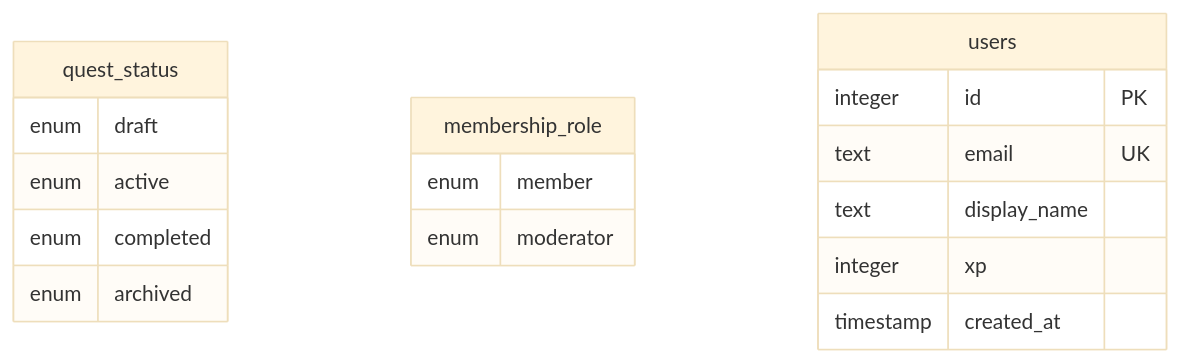
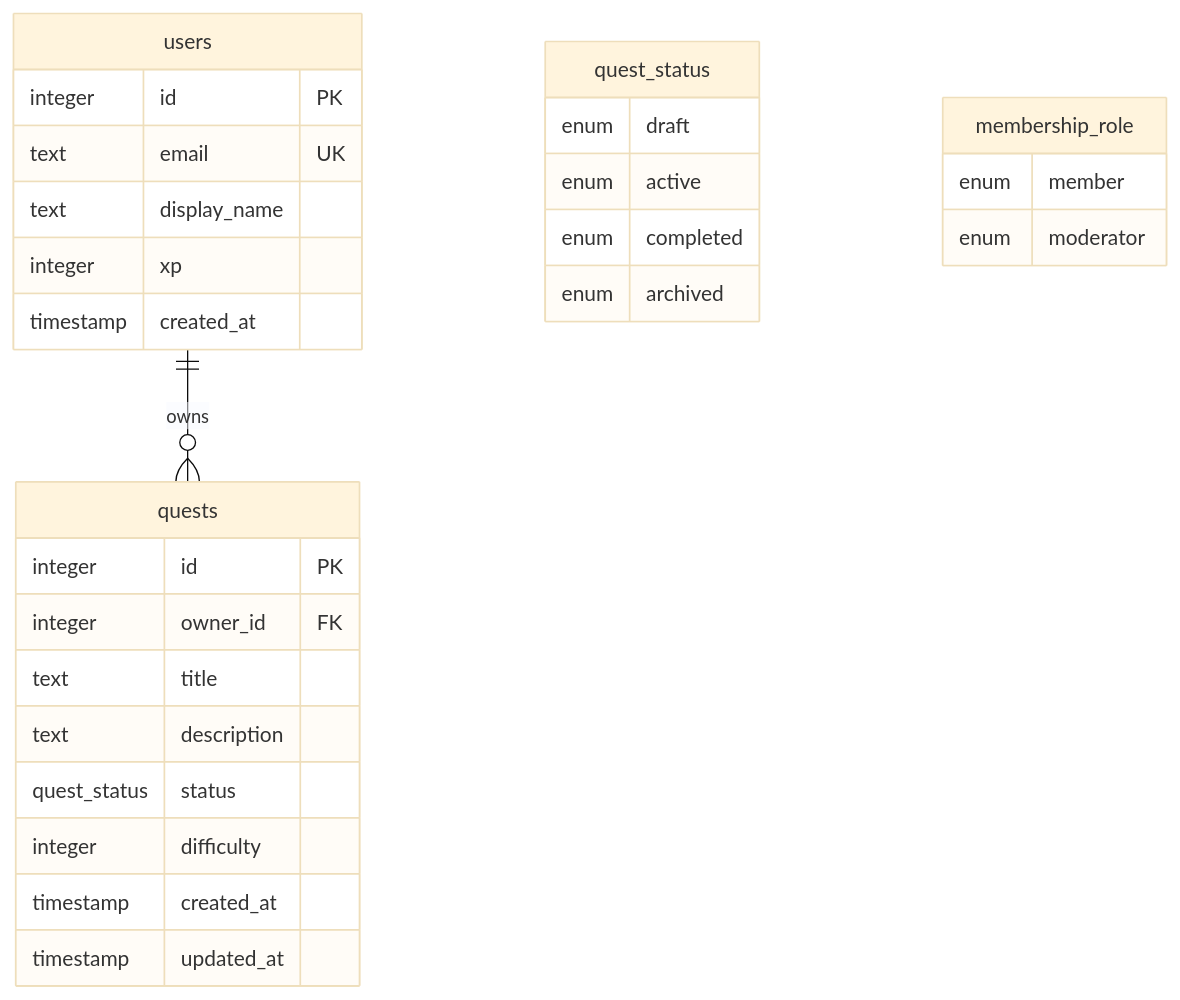
The diagram in README.md (ccweerasinghe1994/drizzel-lerning-quest-project), drawn with Mermaid (base theme) before and after one commit. The commit also changed 3 other files, not shown here.

Commit message:
Update schema with quests table and update README database structure

````diff
--- a/README.md
+++ b/README.md
@@ -66,20 +66,32 @@
 ```mermaid
 erDiagram
+    users ||--o{ quests : "owns"
+
     quest_status {
         enum draft
         enum active
         enum completed
         enum archived
     }
     membership_role {
         enum member
         enum moderator
     }
     users {
         integer id PK
         text email UK
         text display_name
         integer xp
         timestamp created_at
     }
+    quests {
+        integer id PK
+        integer owner_id FK
+        text title
+        text description
+        quest_status status
+        integer difficulty
+        timestamp created_at
+        timestamp updated_at
+    }
 ```
````
